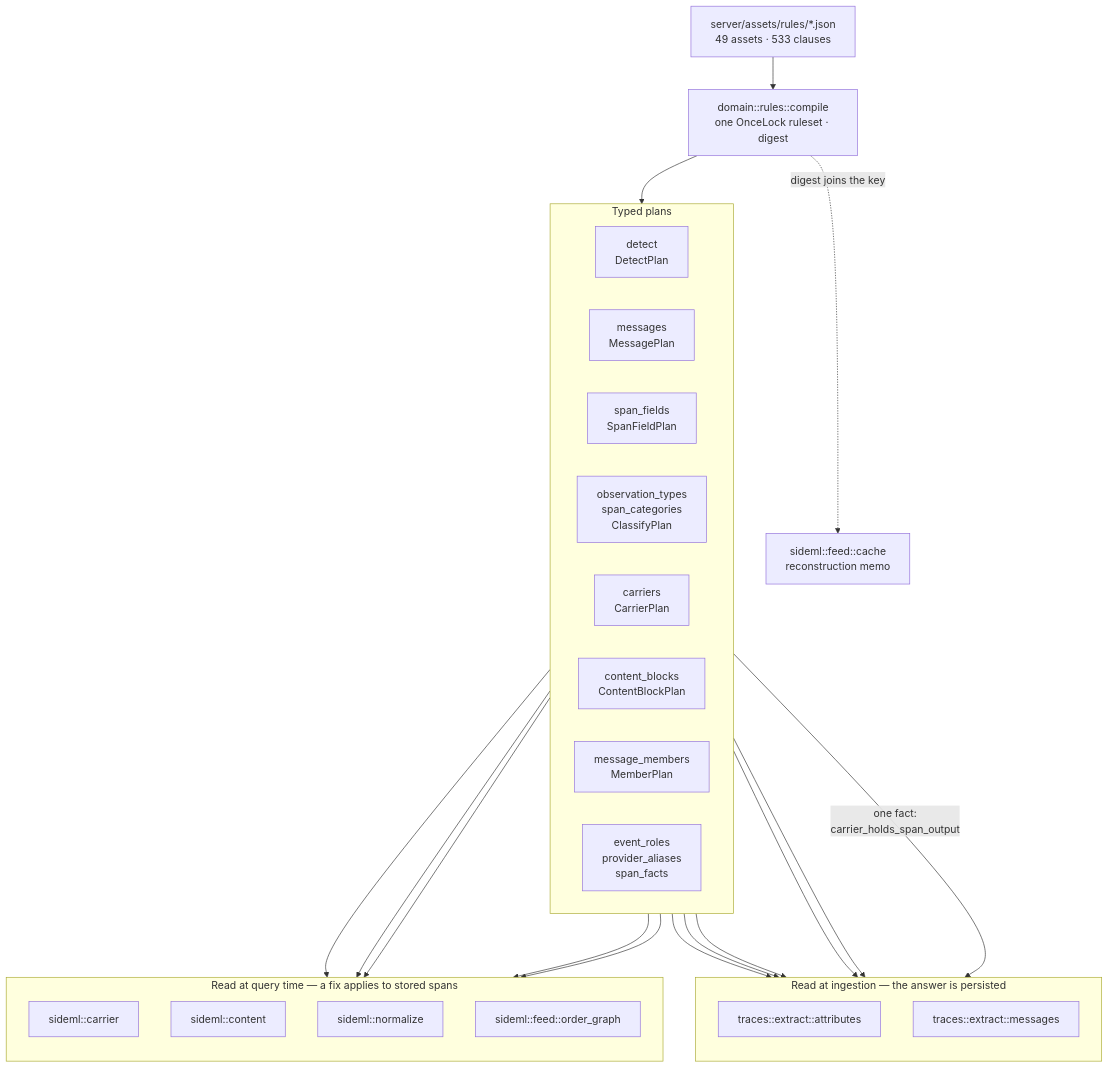
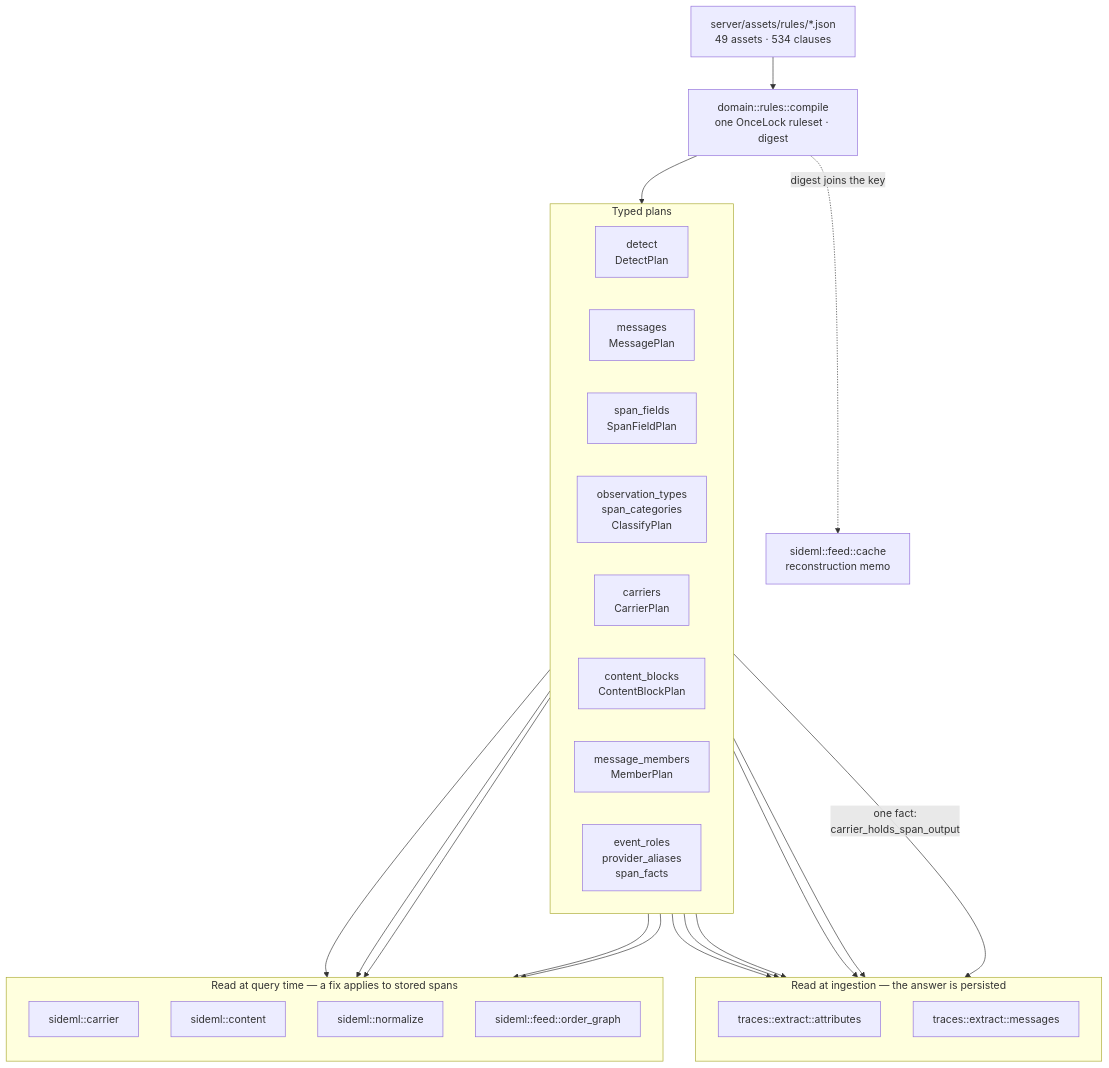
Before and after one commit to sideseat/sideseat: the first of 7 diagrams in docs/engineering/architecture-diagrams.md, drawn with Mermaid. The commit also changed 113 other files, not shown here.

````diff
--- a/docs/engineering/architecture-diagrams.md
+++ b/docs/engineering/architecture-diagrams.md
@@ -18,47 +18,47 @@
 ```mermaid
 flowchart TB
-    assets["server/assets/rules/*.json<br/>49 assets · 533 clauses"]
+    assets["server/assets/rules/*.json<br/>49 assets · 534 clauses"]
     compile["domain::rules::compile<br/>one OnceLock ruleset · digest"]
     assets --> compile
 
     subgraph plans["Typed plans"]
         direction LR
         detect["detect<br/>DetectPlan"]
         messages["messages<br/>MessagePlan"]
         fields["span_fields<br/>SpanFieldPlan"]
         classify["observation_types<br/>span_categories<br/>ClassifyPlan"]
         carriers["carriers<br/>CarrierPlan"]
         blocks["content_blocks<br/>ContentBlockPlan"]
         members["message_members<br/>MemberPlan"]
         roles["event_roles<br/>provider_aliases<br/>span_facts"]
     end
     compile --> plans
 
     subgraph ingest["Read at ingestion — the answer is persisted"]
         direction TB
         attrs["traces::extract::attributes"]
         msgs["traces::extract::messages"]
     end
 
     subgraph query["Read at query time — a fix applies to stored spans"]
         direction TB
         carrier["sideml::carrier"]
         content["sideml::content"]
         normalize["sideml::normalize"]
         order["sideml::feed::order_graph"]
     end
 
     detect --> attrs
     fields --> attrs
     classify --> attrs
     roles --> attrs
     messages --> msgs
     carriers -->|"one fact:<br/>carrier_holds_span_output"| msgs
     carriers --> carrier
     carriers --> order
     blocks --> content
     members --> content
     roles --> normalize
 
     compile -. "digest joins the key" .-> cache["sideml::feed::cache<br/>reconstruction memo"]
 ```
````
